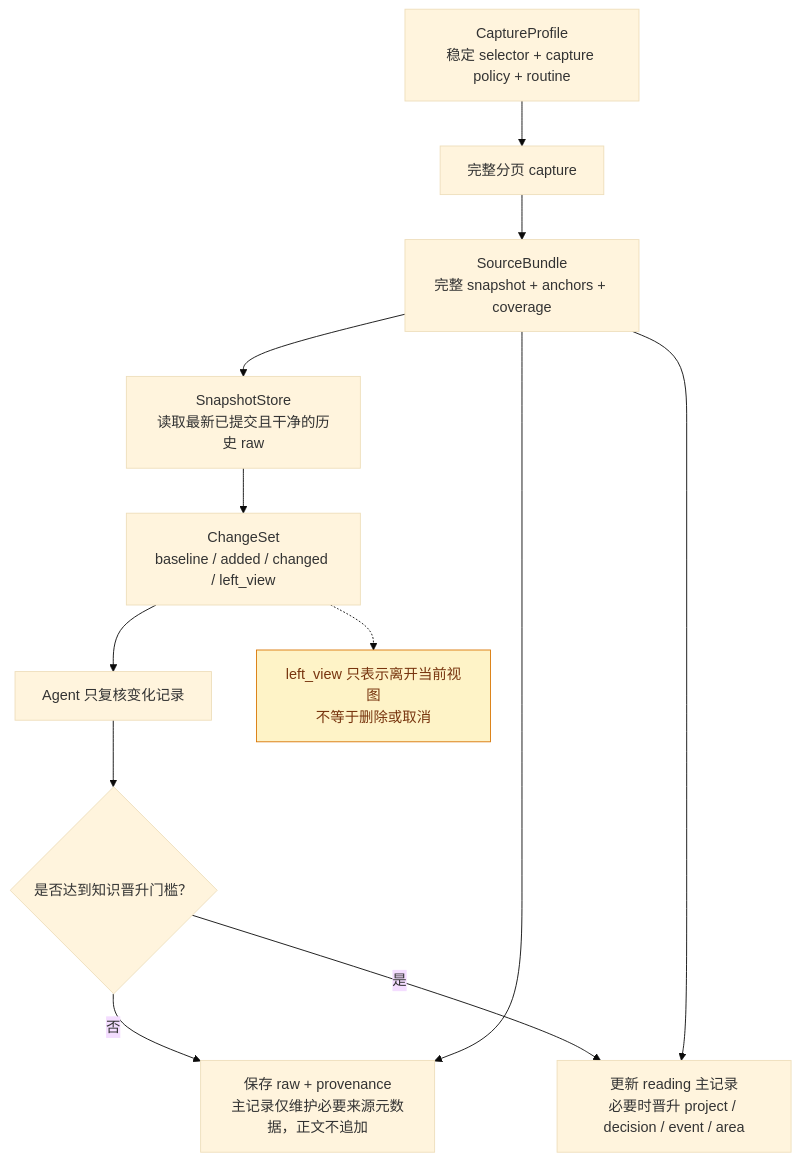
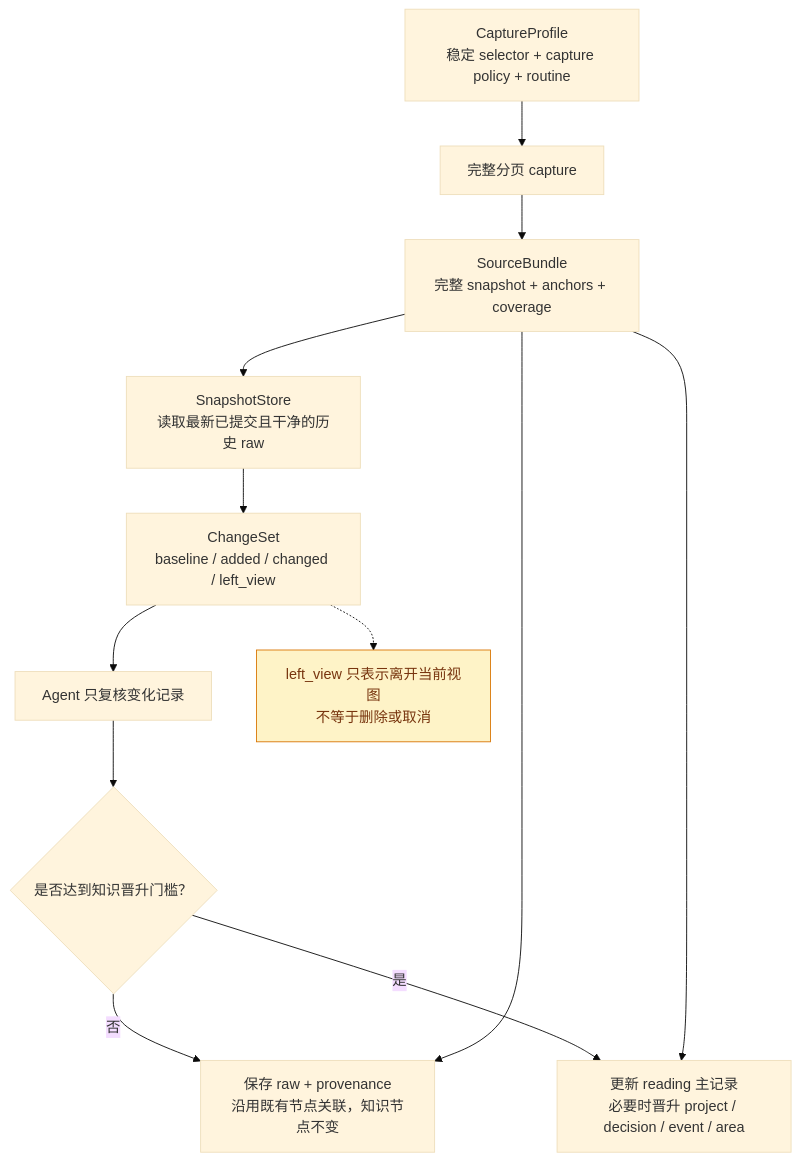
One commit to ranjiao/byteworker changed the seventh of 19 diagrams in docs/development/ARCHITECTURE.md. Above: the diagram before and after it, drawn with Mermaid (base theme). The commit also changed other lines of this file and 34 other files, not shown here.

````diff
--- a/docs/development/ARCHITECTURE.md
+++ b/docs/development/ARCHITECTURE.md
@@ -322,24 +324,24 @@
 ```mermaid
 flowchart TD
     P["CaptureProfile<br/>稳定 selector + capture policy + routine"]
     C["完整分页 capture"]
     B["SourceBundle<br/>完整 snapshot + anchors + coverage"]
     S["SnapshotStore<br/>读取最新已提交且干净的历史 raw"]
     D["ChangeSet<br/>baseline / added / changed / left_view"]
     A["Agent 只复核变化记录"]
     G{"是否达到知识晋升门槛？"}
-    R["保存 raw + provenance<br/>主记录仅维护必要来源元数据，正文不追加"]
+    R["保存 raw + provenance<br/>沿用既有节点关联，知识节点不变"]
     N["更新 reading 主记录<br/>必要时晋升 project / decision / event / area"]
 
     P --> C --> B
     B --> S --> D --> A --> G
     G -->|"否"| R
     G -->|"是"| N
     B --> R
     B --> N
 
     L["left_view 只表示离开当前视图<br/>不等于删除或取消"]:::warn
     D -.-> L
 
     classDef warn fill:#fef3c7,stroke:#d97706,color:#78350f
 ```
````
